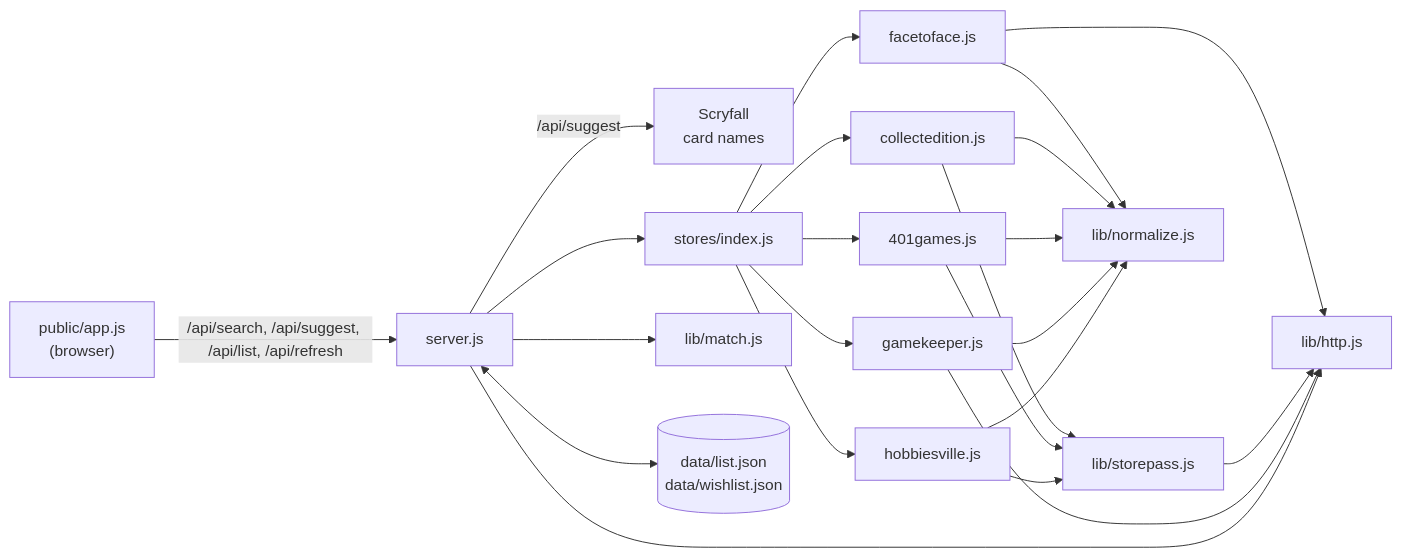
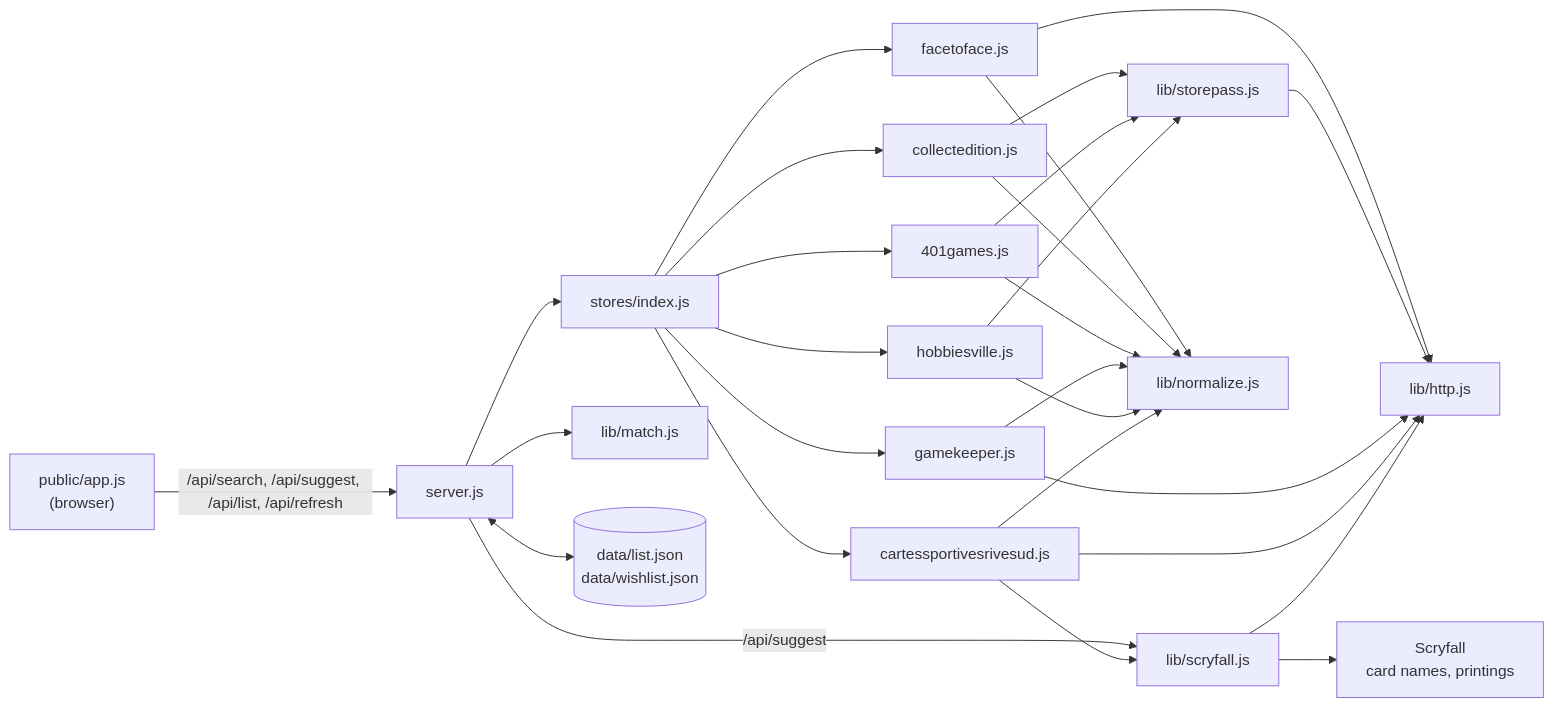
Before and after one commit to bordy82/mtg-price-checker: the diagram in docs/ARCHITECTURE.md, drawn with Mermaid. The commit also changed other lines of this file and 12 other files, not shown here.

````diff
--- a/docs/ARCHITECTURE.md
+++ b/docs/ARCHITECTURE.md
@@ -7,16 +7,19 @@
 ```mermaid
 flowchart LR
   UI["public/app.js<br/>(browser)"] -- "/api/search, /api/suggest, /api/list, /api/refresh" --> S["server.js"]
-  S -- "/api/suggest" --> SF["Scryfall<br/>card names"]
+  S -- "/api/suggest" --> SC["lib/scryfall.js"]
+  SC --> SF["Scryfall<br/>card names, printings"]
   S --> R["stores/index.js"]
   R --> F["facetoface.js"]
   R --> C["collectedition.js"]
   R --> Q["401games.js"]
   R --> G["gamekeeper.js"]
   R --> V["hobbiesville.js"]
+  R --> W["cartessportivesrivesud.js"]
   C & Q & V --> SP["lib/storepass.js"]
-  F & C & Q & G & V --> N["lib/normalize.js"]
-  F & SP & G & S --> H["lib/http.js"]
+  W --> SC
+  F & C & Q & G & V & W --> N["lib/normalize.js"]
+  F & SP & G & W & SC --> H["lib/http.js"]
   S --> M["lib/match.js"]
   S <--> D[("data/list.json<br/>data/wishlist.json")]
 ```
````
